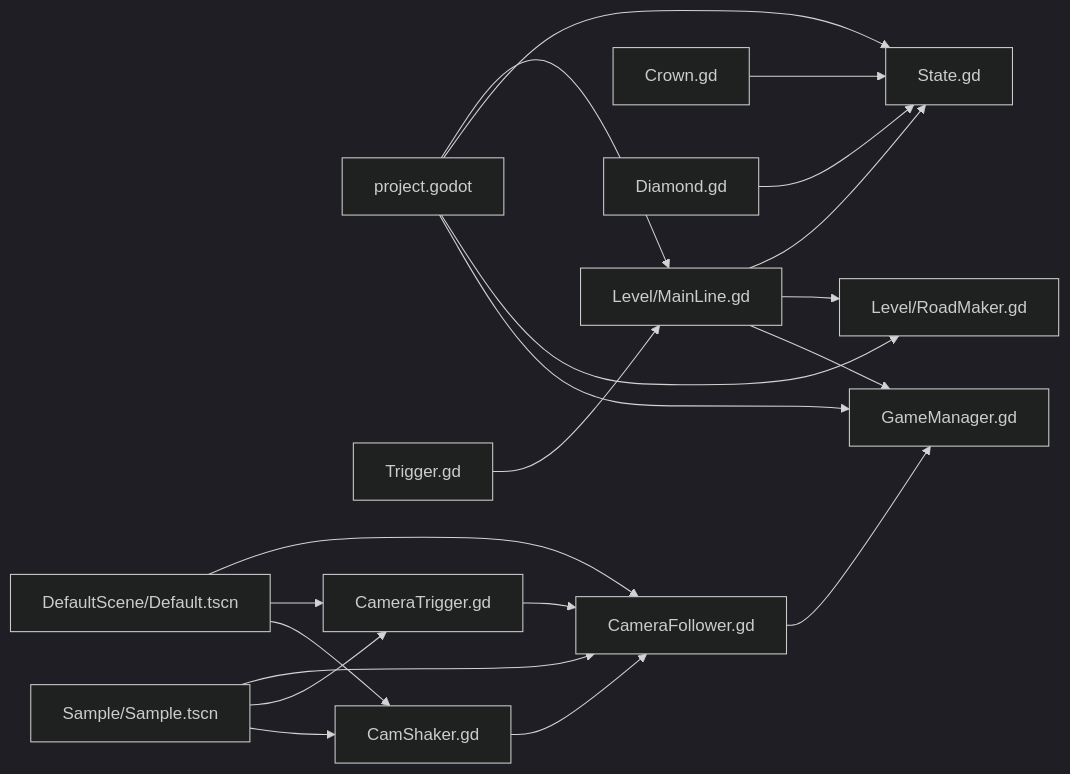
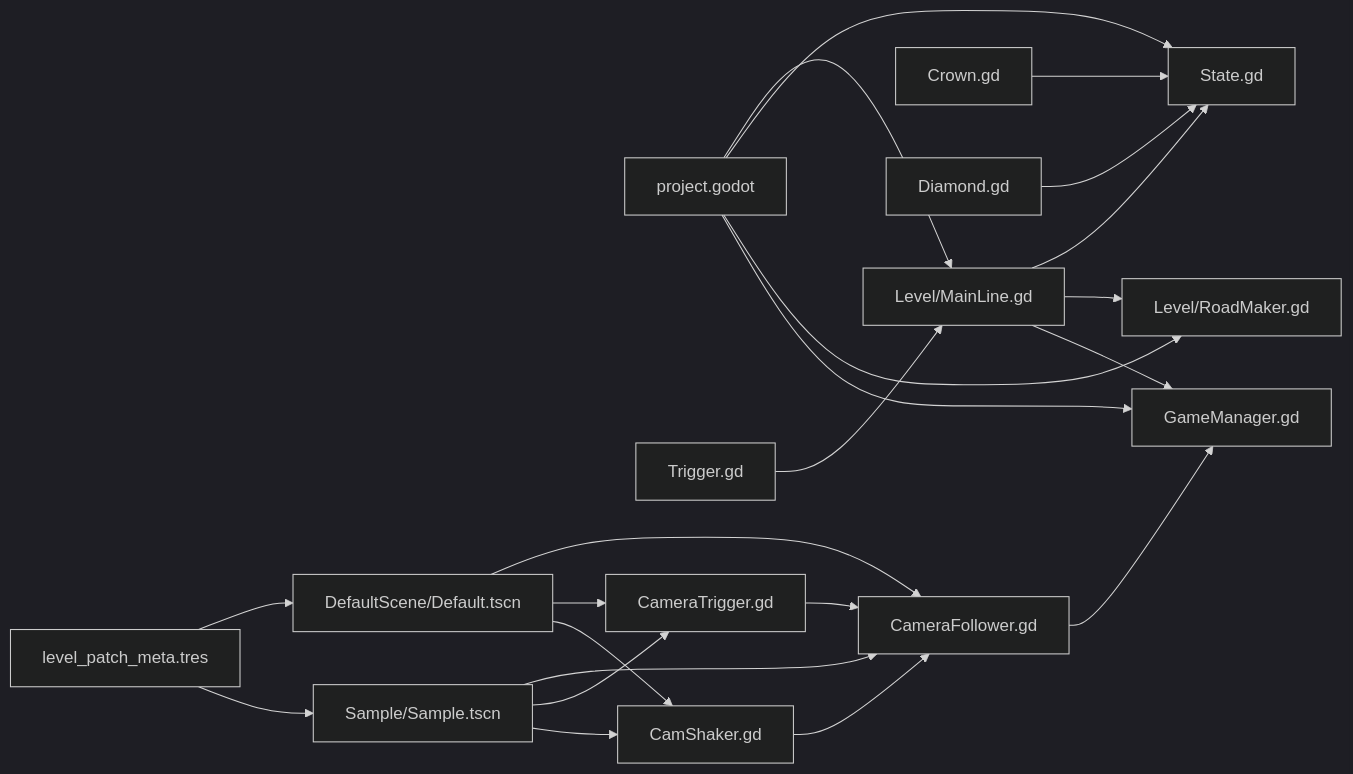
Before and after one commit to godotline/godot-line: diagram 17 of 17 in .qoder/repowiki/zh/content/模板系统/示例场景.md, drawn with Mermaid (dark theme). The commit also changed other lines of this file and 13 other files, not shown here.

````diff
--- a/.qoder/repowiki/zh/content/模板系统/示例场景.md
+++ b/.qoder/repowiki/zh/content/模板系统/示例场景.md
@@ -623,22 +682,24 @@
 ```mermaid
 graph LR
 PG["project.godot"] --> ML["Level/MainLine.gd"]
 PG --> ST["State.gd"]
 PG --> RM["Level/RoadMaker.gd"]
 PG --> GM["GameManager.gd"]
 ML --> ST
 ML --> RM
 ML --> GM
 CR["Crown.gd"] --> ST
 DM["Diamond.gd"] --> ST
 TR["Trigger.gd"] --> ML
 CF["CameraFollower.gd"] --> GM
 CT["CameraTrigger.gd"] --> CF
 CS["CamShaker.gd"] --> CF
 DS["DefaultScene/Default.tscn"] --> CF
 DS --> CT
 DS --> CS
 SS["Sample/Sample.tscn"] --> CF
 SS --> CT
 SS --> CS
+LM["level_patch_meta.tres"] --> DS
+LM --> SS
 ```
````
